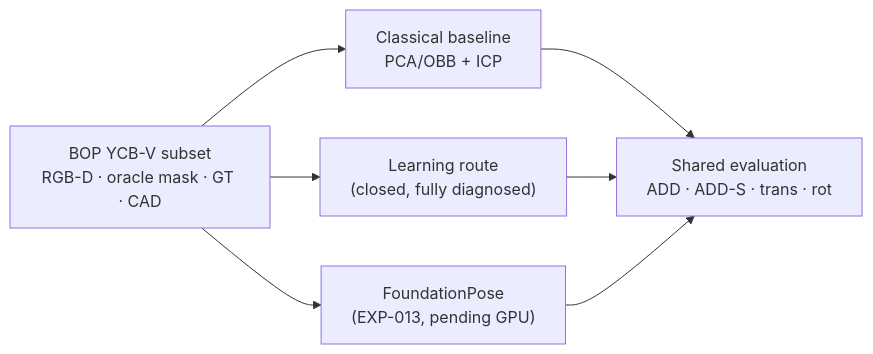
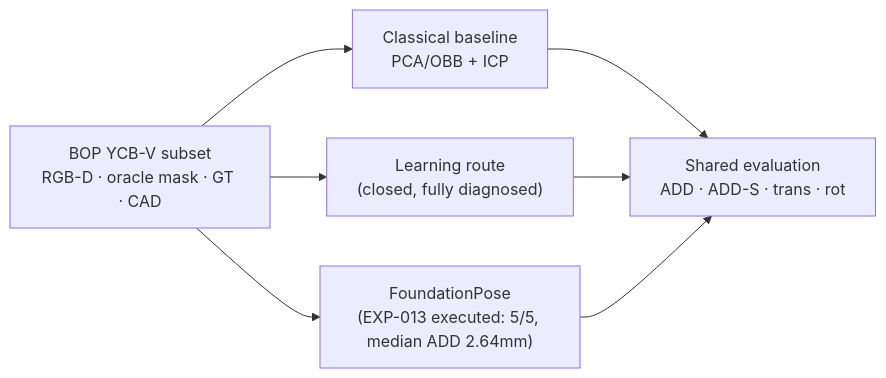
The diagram in docs/PROJECT_OVERVIEW.md (HEITA1/robot-3d-perception), drawn with Mermaid before and after one commit. The commit also changed other lines of this file and 5 other files, not shown here.

Commit message:
docs: EXP-013 results archived across project docs (FP 5/5, median ADD 2.64mm)

````diff
--- a/docs/PROJECT_OVERVIEW.md
+++ b/docs/PROJECT_OVERVIEW.md
@@ -15,9 +15,9 @@
 ```mermaid
 flowchart LR
     A["BOP YCB-V subset<br/>RGB-D · oracle mask · GT · CAD"] --> B["Classical baseline<br/>PCA/OBB + ICP"]
     A --> C["Learning route<br/>(closed, fully diagnosed)"]
-    A --> D["FoundationPose<br/>(EXP-013, pending GPU)"]
+    A --> D["FoundationPose<br/>(EXP-013 executed: 5/5, median ADD 2.64mm)"]
     B --> E["Shared evaluation<br/>ADD · ADD-S · trans · rot"]
     C --> E
     D --> E
 ```
````
